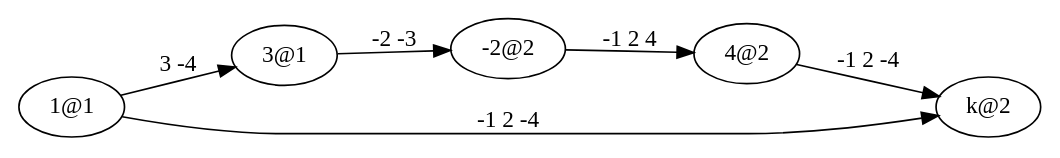
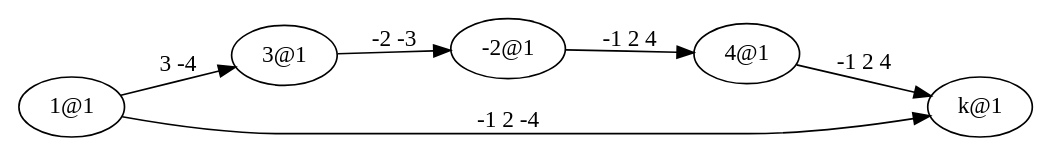
Before and after one commit to innoobijr/507-hw: the diagram in hw1/sat/2.dot, drawn with Graphviz. The commit also changed 4 other files, not shown here.

```diff
--- a/hw1/sat/2.dot
+++ b/hw1/sat/2.dot
@@ -1,16 +1,16 @@
 digraph ImplicationGraph {
   rankdir=LR;
   margin=0;
 
   n1 [label="1@1"];
-  n2 [label="-2@2"];
+  n2 [label="-2@1"];
   n3 [label="3@1"];
-  n4 [label="4@2"];
-  nk [label="k@2"];
+  n4 [label="4@1"];
+  nk [label="k@1"];
 
   n1 -> n3 [label="3 -4"];
   n3 -> n2 [label="-2 -3"];
   n2 -> n4 [label="-1 2 4"];
-  n4 -> nk [label="-1 2 -4"];
+  n4 -> nk [label="-1 2 4"];
   n1 -> nk [label="-1 2 -4"];
 }
```
